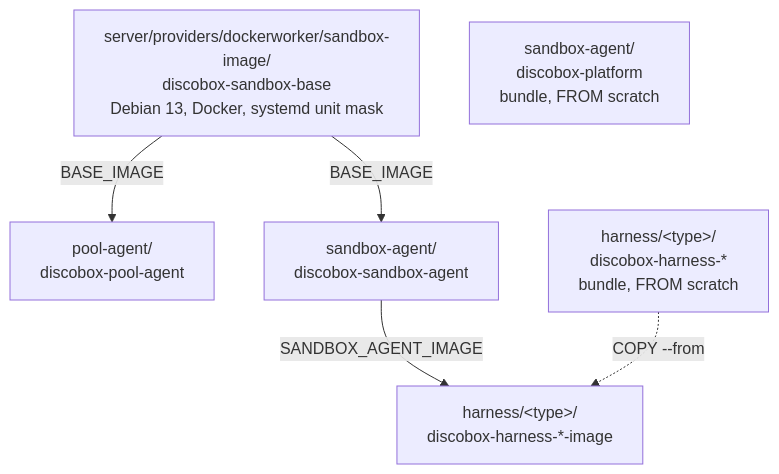
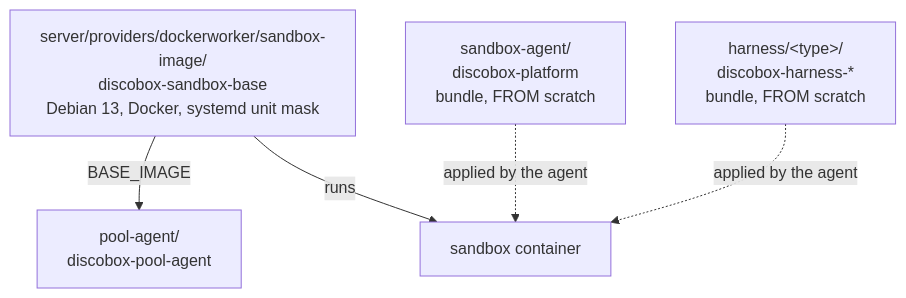
Before and after one commit to discobox-ai/discobox: the fifth of 5 diagrams in DESIGN.md, drawn with Mermaid. The commit also changed other lines of this file and 200 other files, not shown here.

First line of the commit message:
feat!: retire harness images; every box applies its bundles

````diff
--- a/DESIGN.md
+++ b/DESIGN.md
@@ -397,14 +396,13 @@
 ```mermaid
 flowchart TD
     base["server/providers/dockerworker/sandbox-image/<br/>discobox-sandbox-base<br/>Debian 13, Docker, systemd unit mask"]
     pool["pool-agent/<br/>discobox-pool-agent"]
-    sandbox["sandbox-agent/<br/>discobox-sandbox-agent"]
-    image["harness/&lt;type&gt;/<br/>discobox-harness-*-image"]
     platform["sandbox-agent/<br/>discobox-platform<br/>bundle, FROM scratch"]
     bundle["harness/&lt;type&gt;/<br/>discobox-harness-*<br/>bundle, FROM scratch"]
+    box["sandbox container"]
 
     base -->|BASE_IMAGE| pool
-    base -->|BASE_IMAGE| sandbox
-    sandbox -->|SANDBOX_AGENT_IMAGE| image
-    bundle -.->|COPY --from| image
+    base -->|runs| box
+    platform -.->|applied by the agent| box
+    bundle -.->|applied by the agent| box
 ```
````
